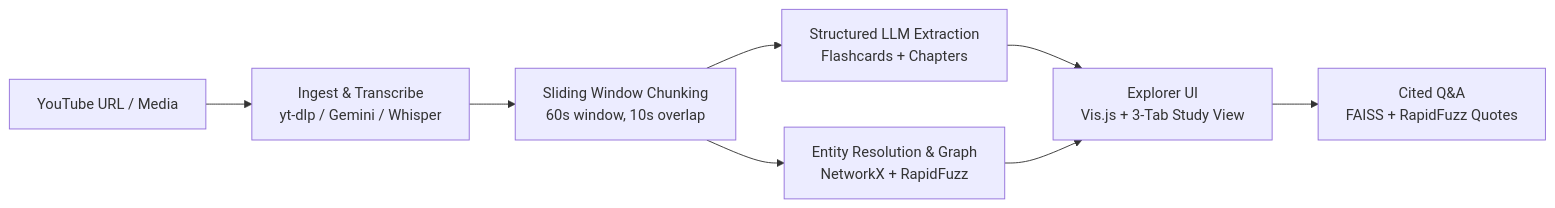
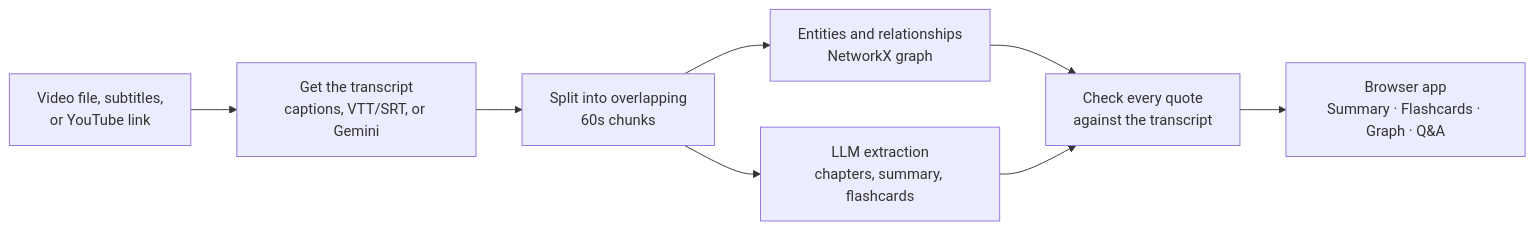
The diagram in README.md (XVX-016/MLH_hackathon), drawn with Mermaid before and after one commit. The commit also changed other lines of this file and 7 other files, not shown here.

````diff
--- a/README.md
+++ b/README.md
@@ -48,10 +54,10 @@
 ```mermaid
 flowchart LR
-    A[YouTube URL / Media] --> B[Ingest & Transcribe<br>yt-dlp / Gemini / Whisper]
-    B --> C[Sliding Window Chunking<br>60s window, 10s overlap]
-    C --> D[Structured LLM Extraction<br>Flashcards + Chapters]
-    C --> E[Entity Resolution & Graph<br>NetworkX + RapidFuzz]
-    D --> F[Explorer UI<br>Vis.js + 3-Tab Study View]
-    E --> F
-    F --> G[Cited Q&A<br>FAISS + RapidFuzz Quotes]
+    A[Video file, subtitles,<br>or YouTube link] --> B[Get the transcript<br>captions, VTT/SRT, or Gemini]
+    B --> C[Split into overlapping<br>60s chunks]
+    C --> D[LLM extraction<br>chapters, summary, flashcards]
+    C --> E[Entities and relationships<br>NetworkX graph]
+    E --> F[Check every quote<br>against the transcript]
+    D --> F
+    F --> G[Browser app<br>Summary · Flashcards · Graph · Q&A]
 ```
````
